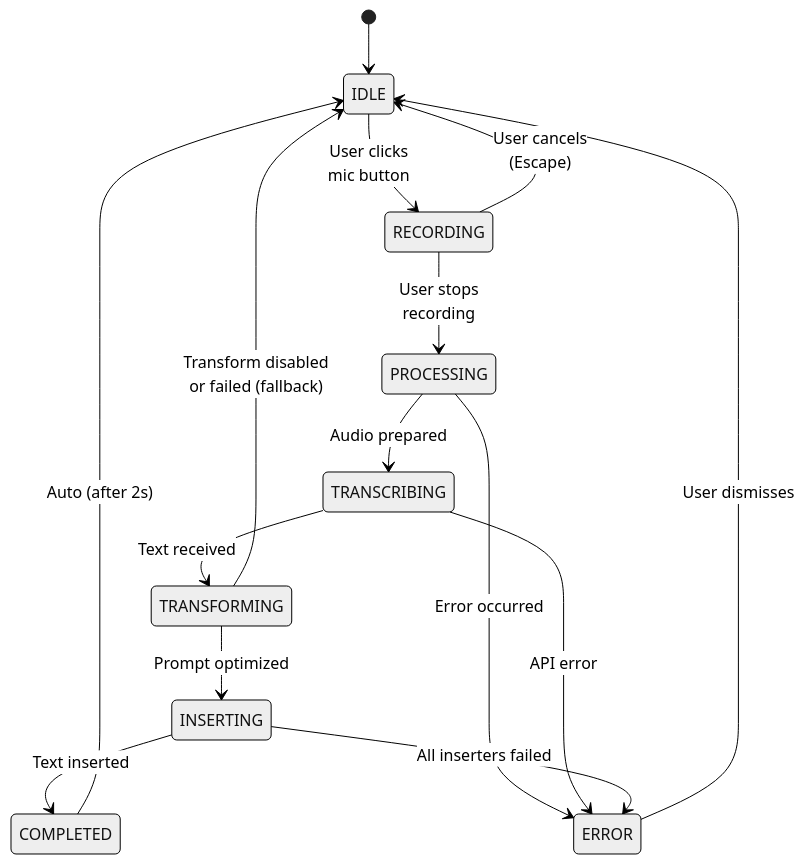
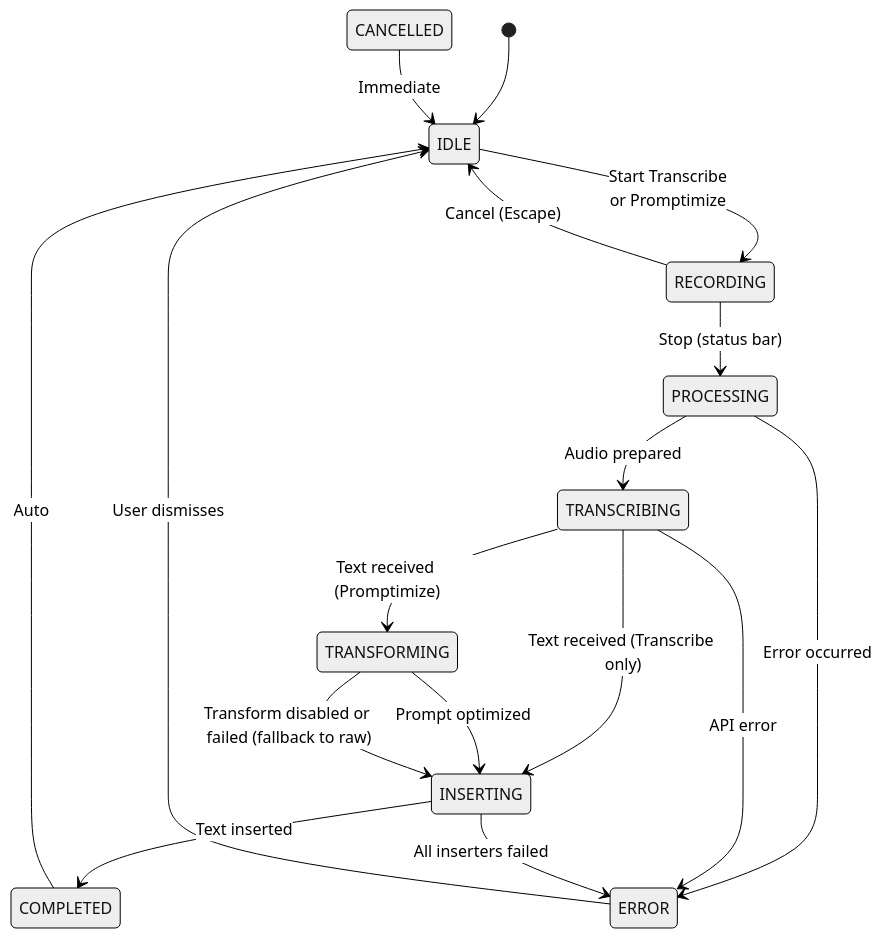
Before and after one commit to vypdev/cursor-whisper: the diagram in docs/ux/states.md, drawn with Mermaid (neutral theme). The commit also changed other lines of this file and 20 other files, not shown here.

````diff
--- a/docs/ux/states.md
+++ b/docs/ux/states.md
@@ -26,22 +27,24 @@
 ```mermaid
 stateDiagram-v2
     [*] --> IDLE
     
-    IDLE --> RECORDING: User clicks<br/>mic button
+    IDLE --> RECORDING: Start Transcribe<br/>or Promptimize
     
-    RECORDING --> IDLE: User cancels<br/>(Escape)
-    RECORDING --> PROCESSING: User stops<br/>recording
+    RECORDING --> IDLE: Cancel (Escape)
+    RECORDING --> PROCESSING: Stop (status bar)
     
     PROCESSING --> TRANSCRIBING: Audio prepared
-    TRANSCRIBING --> TRANSFORMING: Text received
+    TRANSCRIBING --> TRANSFORMING: Text received (Promptimize)
+    TRANSCRIBING --> INSERTING: Text received (Transcribe only)
     TRANSFORMING --> INSERTING: Prompt optimized
     INSERTING --> COMPLETED: Text inserted
     
     PROCESSING --> ERROR: Error occurred
     TRANSCRIBING --> ERROR: API error
-    TRANSFORMING --> IDLE: Transform disabled<br/>or failed (fallback)
+    TRANSFORMING --> INSERTING: Transform disabled or failed (fallback to raw)
     INSERTING --> ERROR: All inserters failed
     
-    COMPLETED --> IDLE: Auto (after 2s)
+    COMPLETED --> IDLE: Auto
     ERROR --> IDLE: User dismisses
+    CANCELLED --> IDLE: Immediate
 ```
````
